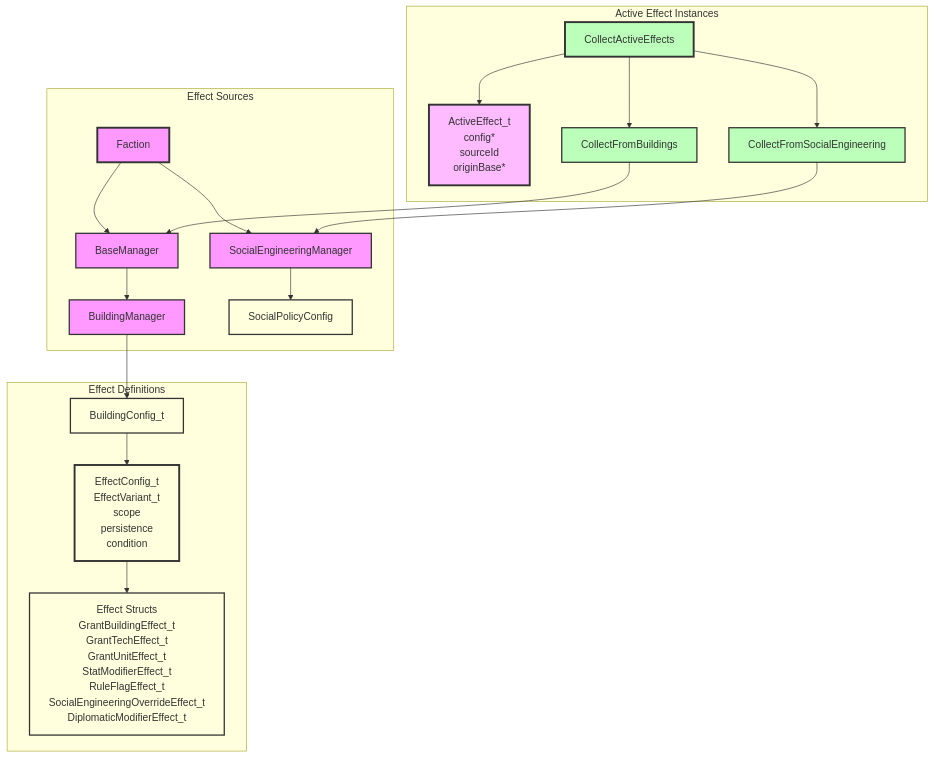
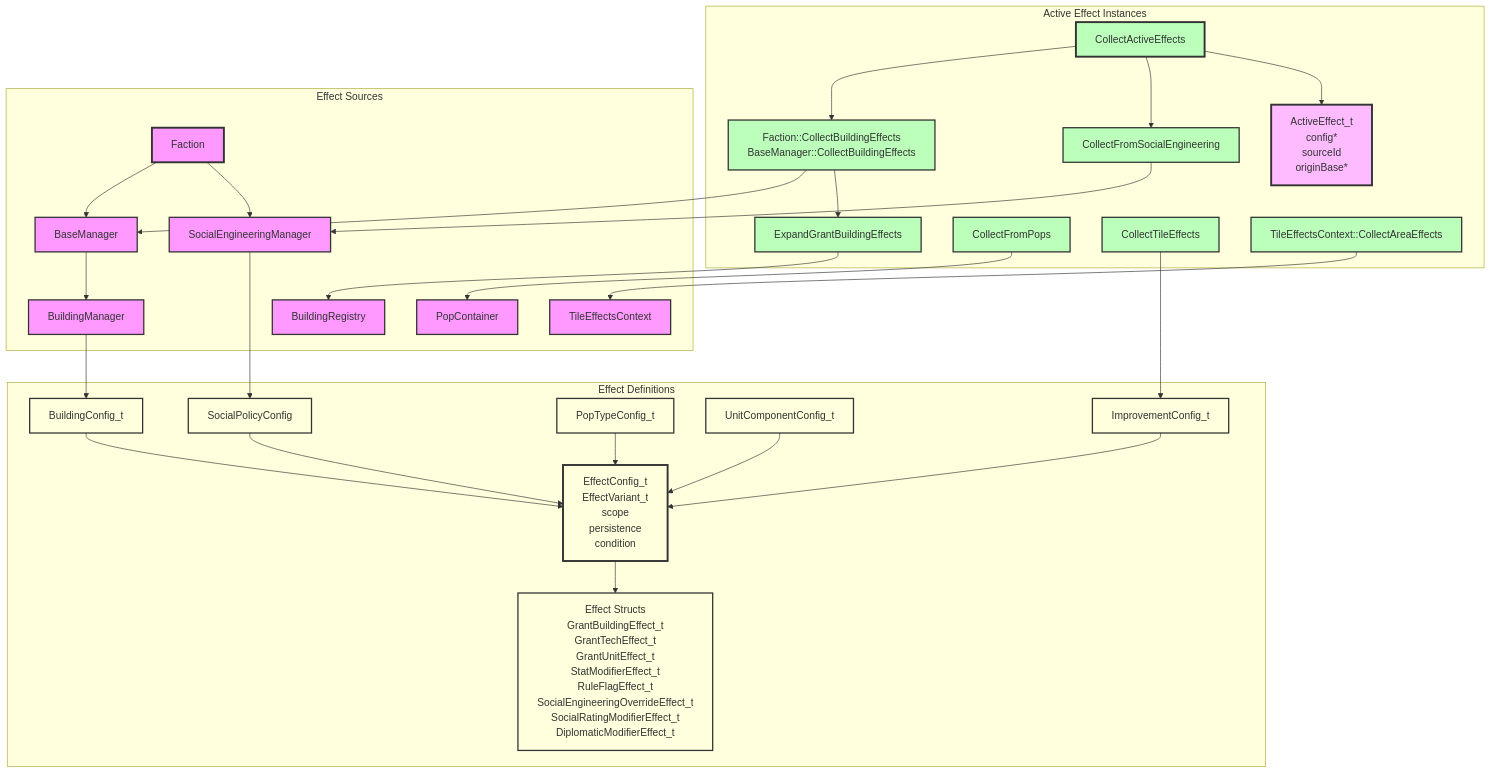
Before and after one commit to kilianloftis/alpha-centauri: the diagram in docs/architecture/effects-system.md, drawn with Mermaid. The commit also changed other lines of this file and 20 other files, not shown here.

````diff
--- a/docs/architecture/effects-system.md
+++ b/docs/architecture/effects-system.md
@@ -3,50 +3,79 @@
 ```mermaid
 graph TB
     subgraph "Effect Definitions"
         BuildingConfig[BuildingConfig_t]
+        ImprovementConfig[ImprovementConfig_t]
+        PopTypeConfig[PopTypeConfig_t]
+        UnitComponentConfig[UnitComponentConfig_t]
+        SocialPolicyConfig[SocialPolicyConfig]
         EffectConfig[EffectConfig_t<br/>EffectVariant_t<br/>scope<br/>persistence<br/>condition]
-        EffectStructs[Effect Structs<br/>GrantBuildingEffect_t<br/>GrantTechEffect_t<br/>GrantUnitEffect_t<br/>StatModifierEffect_t<br/>RuleFlagEffect_t<br/>SocialEngineeringOverrideEffect_t<br/>DiplomaticModifierEffect_t]
+        EffectStructs[Effect Structs<br/>GrantBuildingEffect_t<br/>GrantTechEffect_t<br/>GrantUnitEffect_t<br/>StatModifierEffect_t<br/>RuleFlagEffect_t<br/>SocialEngineeringOverrideEffect_t<br/>SocialRatingModifierEffect_t<br/>DiplomaticModifierEffect_t]
     end
 
     subgraph "Active Effect Instances"
         ActiveEffect[ActiveEffect_t<br/>config*<br/>sourceId<br/>originBase*]
         CollectActiveEffects[CollectActiveEffects]
-        CollectFromBuildings[CollectFromBuildings]
+        CollectBuildingEffects[Faction::CollectBuildingEffects<br/>BaseManager::CollectBuildingEffects]
+        ExpandGrantBuilding[ExpandGrantBuildingEffects]
         CollectFromSocialEngineering[CollectFromSocialEngineering]
+        CollectFromPops[CollectFromPops]
+        CollectTileEffects[CollectTileEffects]
+        CollectAreaEffects[TileEffectsContext::CollectAreaEffects]
     end
 
     subgraph "Effect Sources"
         BaseManager[BaseManager]
         BuildingManager[BuildingManager]
+        BuildingRegistry[BuildingRegistry]
         Faction[Faction]
         SocialEngineeringManager[SocialEngineeringManager]
-        SocialPolicyConfig[SocialPolicyConfig]
+        PopContainer[PopContainer]
+        TileEffectsContext[TileEffectsContext]
     end
 
     BuildingConfig --> EffectConfig
+    ImprovementConfig --> EffectConfig
+    PopTypeConfig --> EffectConfig
+    UnitComponentConfig --> EffectConfig
+    SocialPolicyConfig --> EffectConfig
     EffectConfig --> EffectStructs
     BuildingManager --> BuildingConfig
     BaseManager --> BuildingManager
     Faction --> BaseManager
     Faction --> SocialEngineeringManager
     SocialEngineeringManager --> SocialPolicyConfig
 
-    CollectFromBuildings --> BaseManager
+    CollectBuildingEffects --> BaseManager
+    CollectBuildingEffects --> ExpandGrantBuilding
+    ExpandGrantBuilding --> BuildingRegistry
     CollectFromSocialEngineering --> SocialEngineeringManager
-    CollectActiveEffects --> CollectFromBuildings
+    CollectActiveEffects --> CollectBuildingEffects
     CollectActiveEffects --> CollectFromSocialEngineering
     CollectActiveEffects --> ActiveEffect
+    CollectFromPops --> PopContainer
+    CollectAreaEffects --> TileEffectsContext
+    CollectTileEffects --> ImprovementConfig
 
     style BuildingConfig fill:#ffd,stroke:#333,stroke-width:2px
+    style ImprovementConfig fill:#ffd,stroke:#333,stroke-width:2px
+    style PopTypeConfig fill:#ffd,stroke:#333,stroke-width:2px
+    style UnitComponentConfig fill:#ffd,stroke:#333,stroke-width:2px
+    style SocialPolicyConfig fill:#ffd,stroke:#333,stroke-width:2px
     style EffectConfig fill:#ffd,stroke:#333,stroke-width:3px
     style EffectStructs fill:#ffd,stroke:#333,stroke-width:2px
     style ActiveEffect fill:#fbf,stroke:#333,stroke-width:3px
     style CollectActiveEffects fill:#bfb,stroke:#333,stroke-width:3px
-    style CollectFromBuildings fill:#bfb,stroke:#333,stroke-width:2px
+    style CollectBuildingEffects fill:#bfb,stroke:#333,stroke-width:2px
+    style ExpandGrantBuilding fill:#bfb,stroke:#333,stroke-width:2px
     style CollectFromSocialEngineering fill:#bfb,stroke:#333,stroke-width:2px
+    style CollectFromPops fill:#bfb,stroke:#333,stroke-width:2px
+    style CollectTileEffects fill:#bfb,stroke:#333,stroke-width:2px
+    style CollectAreaEffects fill:#bfb,stroke:#333,stroke-width:2px
     style BaseManager fill:#f9f,stroke:#333,stroke-width:2px
     style BuildingManager fill:#f9f,stroke:#333,stroke-width:2px
+    style BuildingRegistry fill:#f9f,stroke:#333,stroke-width:2px
     style Faction fill:#f9f,stroke:#333,stroke-width:3px
     style SocialEngineeringManager fill:#f9f,stroke:#333,stroke-width:2px
-    style SocialPolicyConfig fill:#ffd,stroke:#333,stroke-width:2px
+    style PopContainer fill:#f9f,stroke:#333,stroke-width:2px
+    style TileEffectsContext fill:#f9f,stroke:#333,stroke-width:2px
 ```
````
